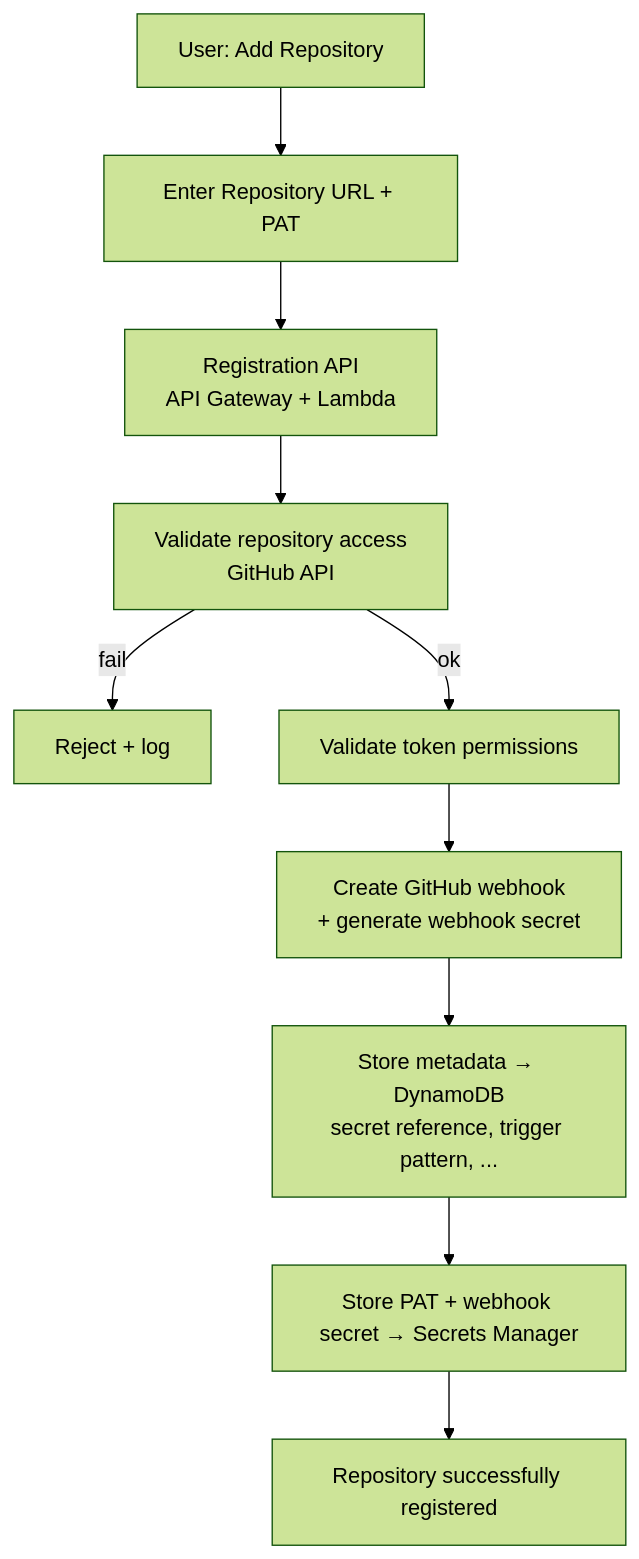
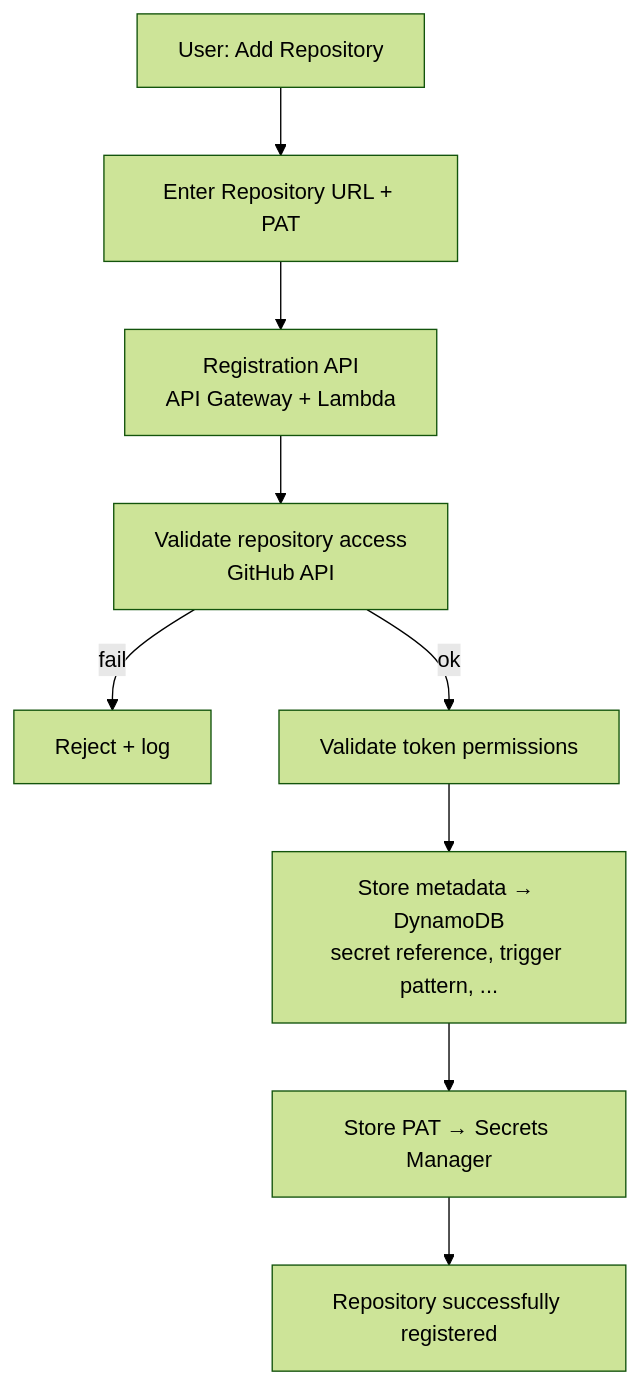
One commit to teddynted/ai-github-repository-blog-generator changed the first of 8 diagrams in docs/architecture.md. Above: the diagram before and after it, drawn with Mermaid (forest theme). The commit also changed other lines of this file, not shown here.

First line of the commit message:
docs(architecture): rewrite for /process → Step Functions → Provider Router (Stage D)

````diff
--- a/docs/architecture.md
+++ b/docs/architecture.md
@@ -28,12 +28,11 @@
 ```mermaid
 flowchart TB
     U[User: Add Repository] --> IN[Enter Repository URL + PAT]
     IN --> REGAPI[Registration API<br/>API Gateway + Lambda]
     REGAPI --> VA[Validate repository access<br/>GitHub API]
     VA -- fail --> ERR[Reject + log]
     VA -- ok --> VP[Validate token permissions]
-    VP --> WH[Create GitHub webhook<br/>+ generate webhook secret]
-    WH --> META[Store metadata → DynamoDB<br/>secret reference, trigger pattern, ...]
-    META --> SEC[Store PAT + webhook secret → Secrets Manager]
+    VP --> META[Store metadata → DynamoDB<br/>secret reference, trigger pattern, ...]
+    META --> SEC[Store PAT → Secrets Manager]
     SEC --> DONE[Repository successfully registered]
 ```
````
